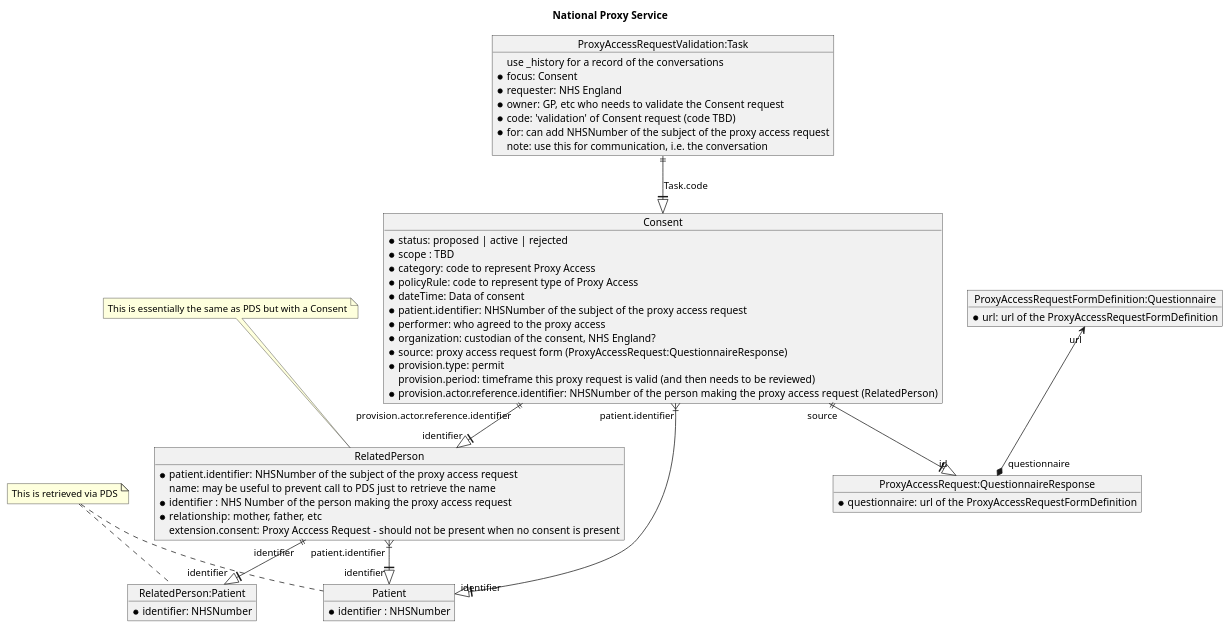
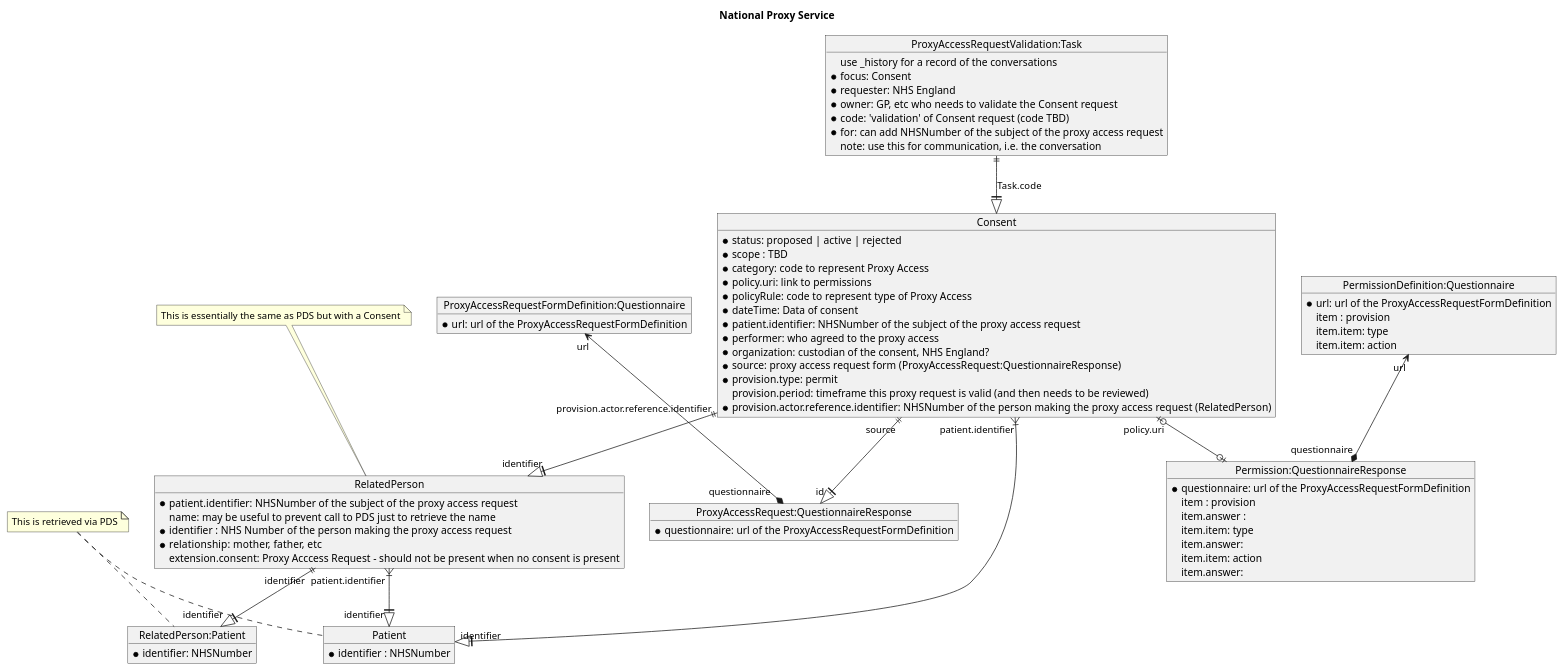
One commit to NHSDigital/interoperability-standards-documentation changed the diagram in input/images-source/national-proxy-service-relationship.plantuml. Above: the diagram before and after it, drawn with PlantUML. The commit also changed 328 other files, not shown here.

```diff
--- a/input/images-source/national-proxy-service-relationship.plantuml
+++ b/input/images-source/national-proxy-service-relationship.plantuml
@@ -1,74 +1,94 @@
 @startuml
 
 
 title National Proxy Service
 
 object Consent {
   * status: proposed | active | rejected
   * scope : TBD
   * category: code to represent Proxy Access
+  * policy.uri: link to permissions
   * policyRule: code to represent type of Proxy Access
   * dateTime: Data of consent
   * patient.identifier: NHSNumber of the subject of the proxy access request
   * performer: who agreed to the proxy access
   * organization: custodian of the consent, NHS England?
   * source: proxy access request form (ProxyAccessRequest:QuestionnaireResponse)
   * provision.type: permit
   provision.period: timeframe this proxy request is valid (and then needs to be reviewed)
   * provision.actor.reference.identifier: NHSNumber of the person making the proxy access request (RelatedPerson)
 }
 
 object RelatedPerson {
   * patient.identifier: NHSNumber of the subject of the proxy access request
   name: may be useful to prevent call to PDS just to retrieve the name
   * identifier : NHS Number of the person making the proxy access request
   * relationship: mother, father, etc
   extension.consent: Proxy Acccess Request - should not be present when no consent is present
 }
 
 object Patient {
   * identifier : NHSNumber
 }
 
 object "RelatedPerson:Patient" as p1 {
   * identifier: NHSNumber
 }
 
 
 object "ProxyAccessRequestValidation:Task" as task1 {
     use _history for a record of the conversations
     * focus: Consent
     * requester: NHS England
     * owner: GP, etc who needs to validate the Consent request
     * code: 'validation' of Consent request (code TBD)
     * for: can add NHSNumber of the subject of the proxy access request
     note: use this for communication, i.e. the conversation
 }
 
 object "ProxyAccessRequest:QuestionnaireResponse" as qr1 {
     * questionnaire: url of the ProxyAccessRequestFormDefinition
 }
 
 object "ProxyAccessRequestFormDefinition:Questionnaire" as q1 {
     * url: url of the ProxyAccessRequestFormDefinition
 }
 
+object "PermissionDefinition:Questionnaire" as permissionDefinition {
+    * url: url of the ProxyAccessRequestFormDefinition
+    item : provision
+    item.item: type
+    item.item: action
+}
+
+object "Permission:QuestionnaireResponse" as permission {
+    * questionnaire: url of the ProxyAccessRequestFormDefinition
+    item : provision
+    item.answer :
+    item.item: type
+    item.answer:
+    item.item: action
+    item.answer:
+}
+
 Consent "provision.actor.reference.identifier" ||--||> "identifier" RelatedPerson
 Consent "patient.identifier" }|--||> "identifier" Patient
 Consent "source" ||--||> "id" qr1
+Consent "policy.uri" |o--o| permission
 
 RelatedPerson "identifier" ||--||> "identifier" p1
 RelatedPerson "patient.identifier" }|--||> "identifier" Patient
 
 q1 "url"  <--* "questionnaire" qr1
+permissionDefinition "url"  <--* "questionnaire" permission
 
 task1 ||--||> Consent: Task.code
 
 note "This is essentially the same as PDS but with a Consent" as PDSOverlap
 note "This is retrieved via PDS" as PDS
 
 PDS .. Patient
 PDS .. p1
 PDSOverlap .. RelatedPerson
 
 @enduml
```
